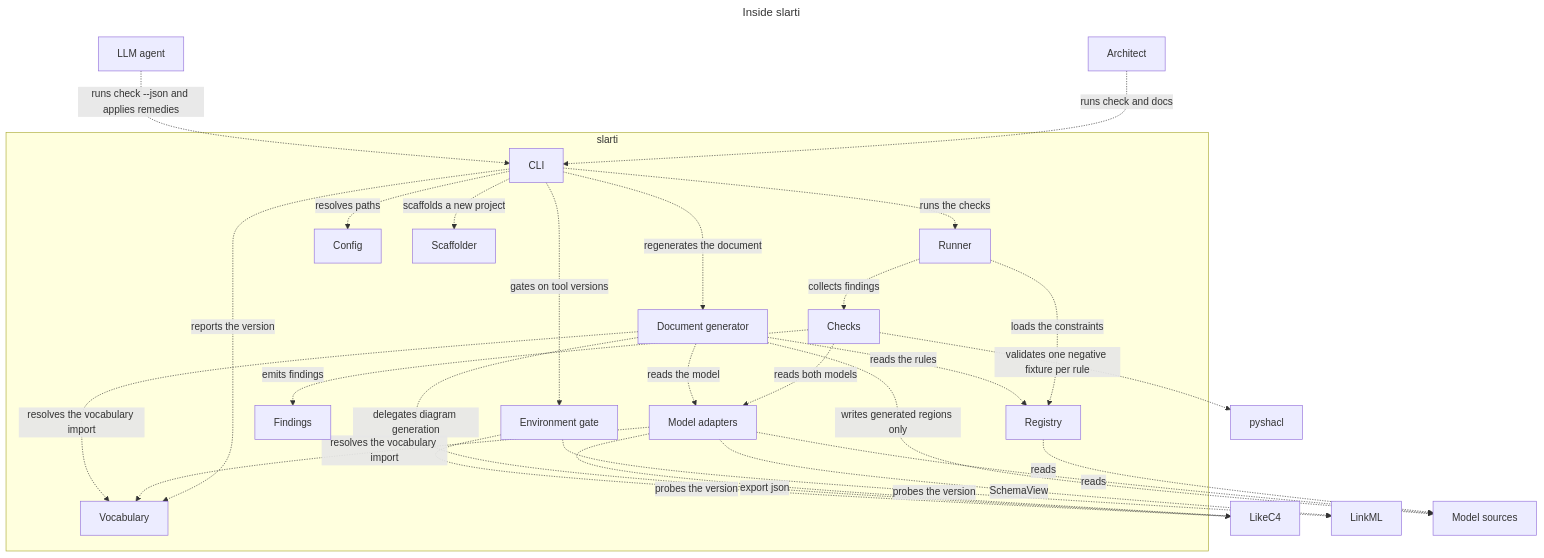
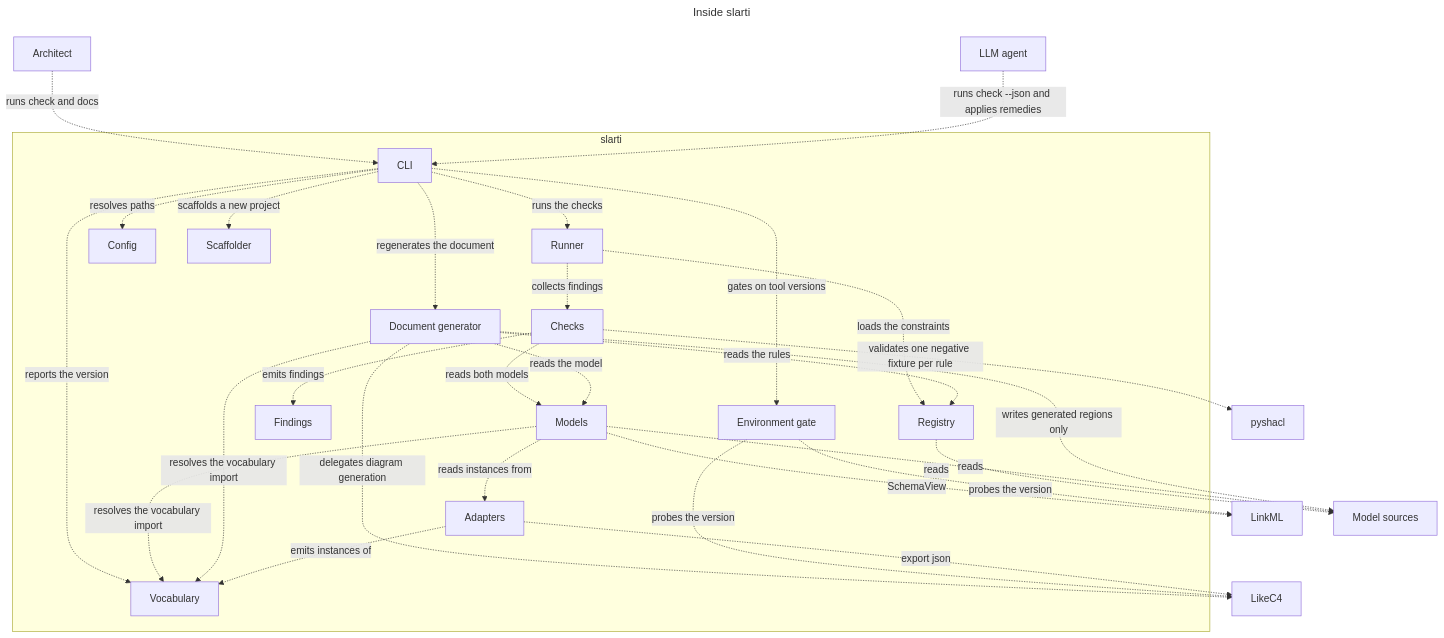
The second of 3 diagrams in docs/architecture.md (dsummersl/slartiarch), drawn with Mermaid before and after one commit. The commit also changed other lines of this file and 16 other files, not shown here.

First line of the commit message:
Turn the LikeC4 integration into a vocabulary adapter

````diff
--- a/docs/architecture.md
+++ b/docs/architecture.md
@@ -154,50 +157,53 @@
 ```mermaid
 ---
 title: "Inside slarti"
 ---
 graph TB
   Architect@{ shape: rectangle, label: "Architect" }
   Agent@{ shape: rectangle, label: "LLM agent" }
   subgraph Slarti["`slarti`"]
     Slarti.Cli@{ shape: rectangle, label: "CLI" }
     Slarti.Runner@{ shape: rectangle, label: "Runner" }
     Slarti.Docsgen@{ shape: rectangle, label: "Document generator" }
     Slarti.Env@{ shape: rectangle, label: "Environment gate" }
     Slarti.Settings@{ shape: rectangle, label: "Config" }
     Slarti.Scaffold@{ shape: rectangle, label: "Scaffolder" }
     Slarti.Checks@{ shape: rectangle, label: "Checks" }
     Slarti.Registry@{ shape: rectangle, label: "Registry" }
     Slarti.Findings@{ shape: rectangle, label: "Findings" }
-    Slarti.Models@{ shape: rectangle, label: "Model adapters" }
+    Slarti.Models@{ shape: rectangle, label: "Models" }
+    Slarti.Adapters@{ shape: rectangle, label: "Adapters" }
     Slarti.Vocabulary@{ shape: rectangle, label: "Vocabulary" }
   end
   Pyshacl@{ shape: rectangle, label: "pyshacl" }
-  Likec4@{ shape: rectangle, label: "LikeC4" }
   Linkml@{ shape: rectangle, label: "LinkML" }
   Sources@{ shape: rectangle, label: "Model sources" }
+  Likec4@{ shape: rectangle, label: "LikeC4" }
   Architect -. "`runs check and docs`" .-> Slarti.Cli
   Agent -. "`runs check --json and applies remedies`" .-> Slarti.Cli
   Slarti.Cli -. "`runs the checks`" .-> Slarti.Runner
   Slarti.Cli -. "`regenerates the document`" .-> Slarti.Docsgen
   Slarti.Cli -. "`gates on tool versions`" .-> Slarti.Env
   Slarti.Cli -. "`resolves paths`" .-> Slarti.Settings
   Slarti.Cli -. "`reports the version`" .-> Slarti.Vocabulary
   Slarti.Cli -. "`scaffolds a new project`" .-> Slarti.Scaffold
   Slarti.Runner -. "`collects findings`" .-> Slarti.Checks
   Slarti.Runner -. "`loads the constraints`" .-> Slarti.Registry
   Slarti.Checks -. "`emits findings`" .-> Slarti.Findings
   Slarti.Checks -. "`reads both models`" .-> Slarti.Models
   Slarti.Docsgen -. "`reads the rules`" .-> Slarti.Registry
+  Slarti.Models -. "`reads instances from`" .-> Slarti.Adapters
   Slarti.Models -. "`resolves the vocabulary import`" .-> Slarti.Vocabulary
   Slarti.Docsgen -. "`reads the model`" .-> Slarti.Models
   Slarti.Docsgen -. "`resolves the vocabulary import`" .-> Slarti.Vocabulary
+  Slarti.Adapters -. "`emits instances of`" .-> Slarti.Vocabulary
   Slarti.Checks -. "`validates one negative fixture per rule`" .-> Pyshacl
   Slarti.Registry -. "`reads`" .-> Sources
-  Slarti.Models -. "`export json`" .-> Likec4
   Slarti.Models -. "`SchemaView`" .-> Linkml
   Slarti.Models -. "`reads`" .-> Sources
   Slarti.Docsgen -. "`delegates diagram generation`" .-> Likec4
   Slarti.Docsgen -. "`writes generated regions only`" .-> Sources
   Slarti.Env -. "`probes the version`" .-> Likec4
   Slarti.Env -. "`probes the version`" .-> Linkml
+  Slarti.Adapters -. "`export json`" .-> Likec4
 ```
````
